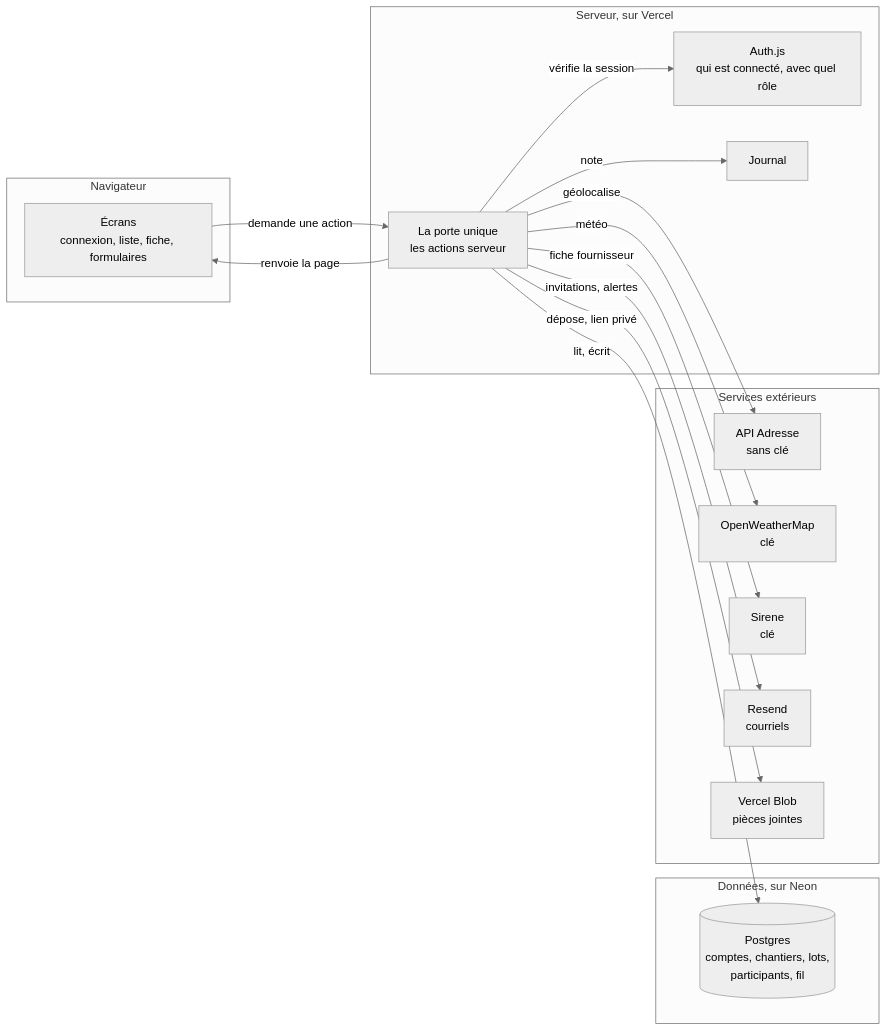
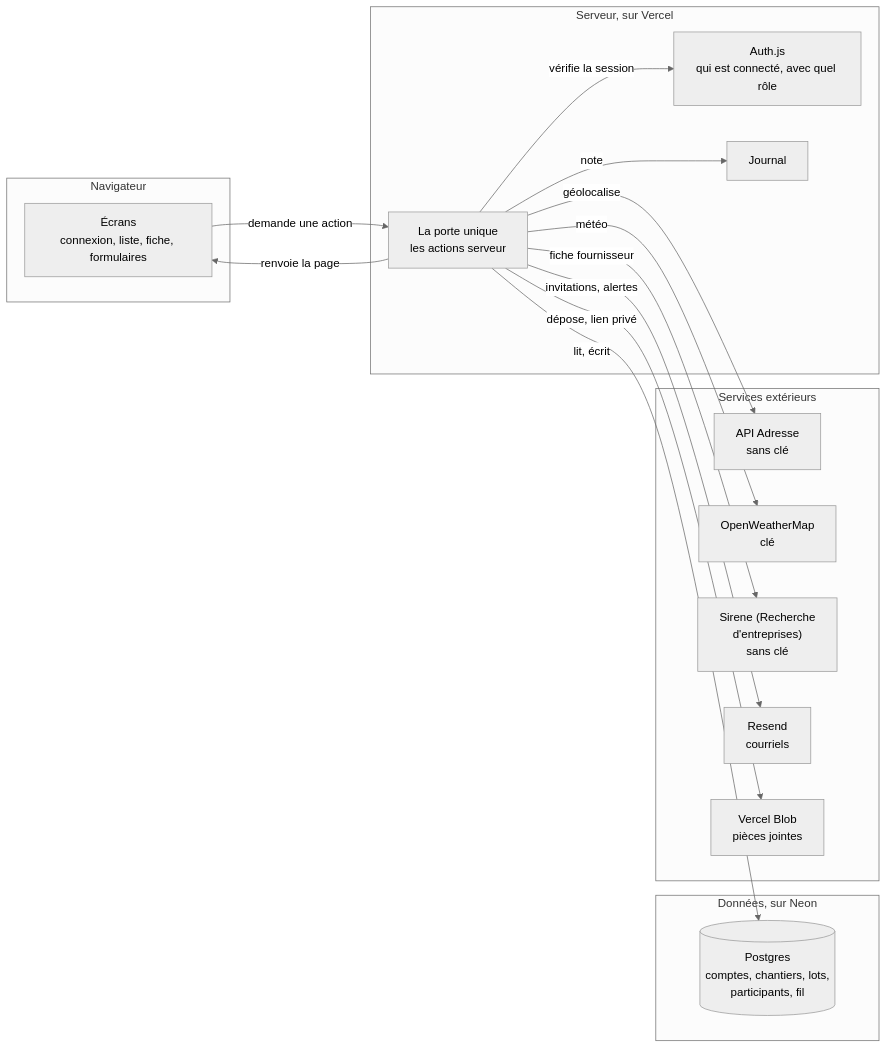
Before and after one commit to ElahTovim/groma: the first of 2 diagrams in docs/schema-produit.md, drawn with Mermaid (neutral theme). The commit also changed 18 other files, not shown here.

````diff
--- a/docs/schema-produit.md
+++ b/docs/schema-produit.md
@@ -7,31 +7,31 @@
 ```mermaid
 flowchart LR
   subgraph N["Navigateur"]
     E["Écrans<br>connexion, liste, fiche, formulaires"]
   end
   subgraph V["Serveur, sur Vercel"]
     P["La porte unique<br>les actions serveur"]
     A["Auth.js<br>qui est connecté, avec quel rôle"]
     J["Journal"]
   end
   subgraph D["Données, sur Neon"]
     B[("Postgres<br>comptes, chantiers, lots,<br>participants, fil")]
   end
   subgraph S["Services extérieurs"]
     AD["API Adresse<br>sans clé"]
     OW["OpenWeatherMap<br>clé"]
-    SI["Sirene<br>clé"]
+    SI["Sirene (Recherche<br>d'entreprises)<br>sans clé"]
     RE["Resend<br>courriels"]
     BL["Vercel Blob<br>pièces jointes"]
   end
   E -- "demande une action" --> P
   P -- "vérifie la session" --> A
   P -- "lit, écrit" --> B
   P -- "note" --> J
   P -- "géolocalise" --> AD
   P -- "météo" --> OW
   P -- "fiche fournisseur" --> SI
   P -- "invitations, alertes" --> RE
   P -- "dépose, lien privé" --> BL
   P -- "renvoie la page" --> E
 ```
````
